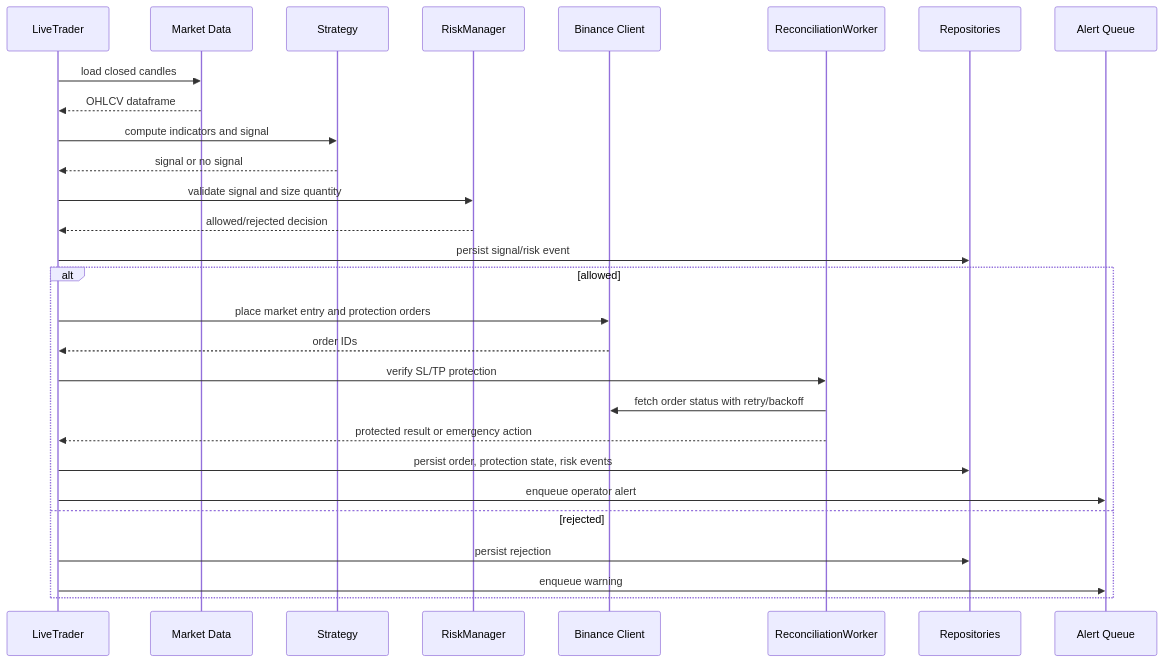
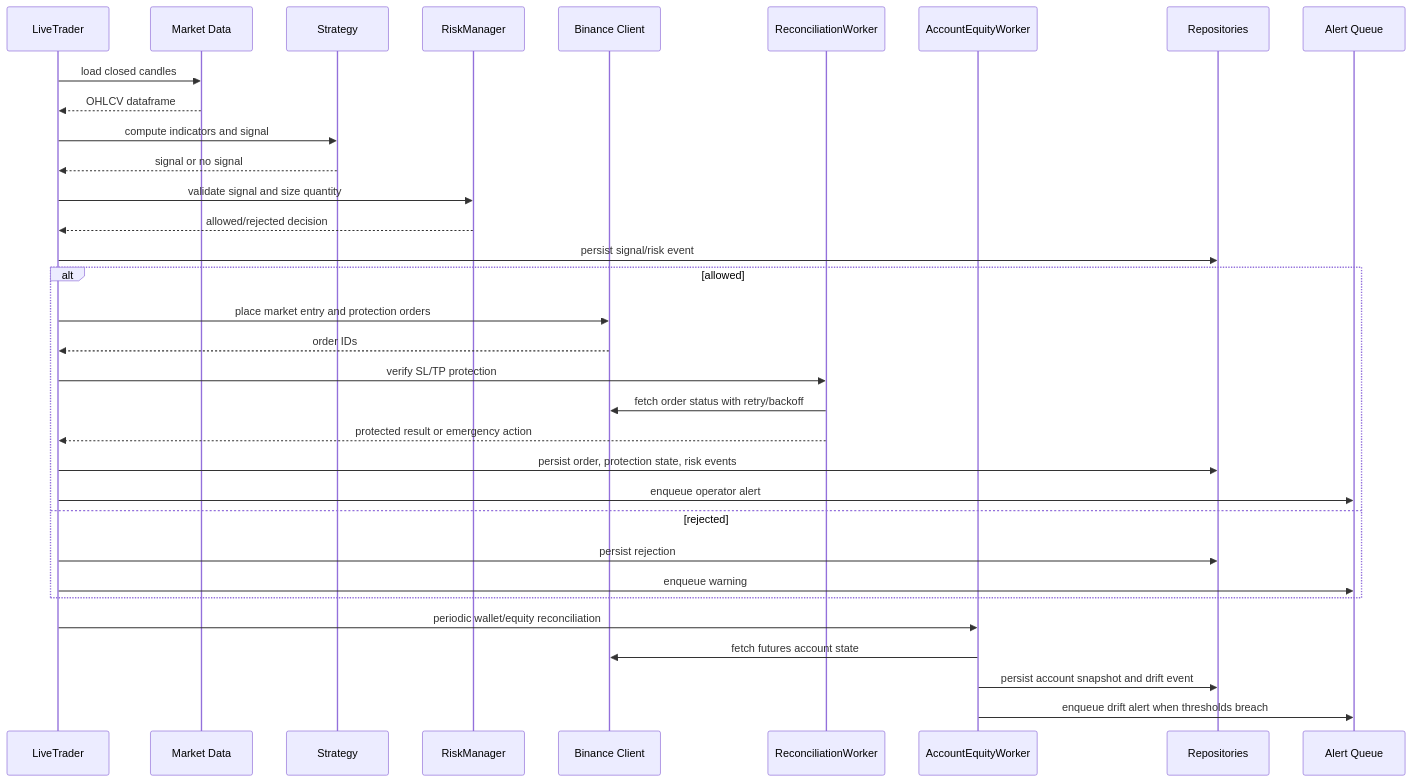
The first of 2 diagrams in docs/architecture.md (preethve11/lwk-futures-Trading-Bot), drawn with Mermaid before and after one commit. The commit also changed other lines of this file and 31 other files, not shown here.

First line of the commit message:
Add account equity reconciliation

````diff
--- a/docs/architecture.md
+++ b/docs/architecture.md
@@ -7,31 +7,36 @@
 ```mermaid
 sequenceDiagram
     participant Worker as LiveTrader
     participant Market as Market Data
     participant Strategy as Strategy
     participant Risk as RiskManager
     participant Exchange as Binance Client
     participant Recon as ReconciliationWorker
+    participant Account as AccountEquityWorker
     participant DB as Repositories
     participant Alerts as Alert Queue
 
     Worker->>Market: load closed candles
     Market-->>Worker: OHLCV dataframe
     Worker->>Strategy: compute indicators and signal
     Strategy-->>Worker: signal or no signal
     Worker->>Risk: validate signal and size quantity
     Risk-->>Worker: allowed/rejected decision
     Worker->>DB: persist signal/risk event
     alt allowed
         Worker->>Exchange: place market entry and protection orders
         Exchange-->>Worker: order IDs
         Worker->>Recon: verify SL/TP protection
         Recon->>Exchange: fetch order status with retry/backoff
         Recon-->>Worker: protected result or emergency action
         Worker->>DB: persist order, protection state, risk events
         Worker->>Alerts: enqueue operator alert
     else rejected
         Worker->>DB: persist rejection
         Worker->>Alerts: enqueue warning
     end
+    Worker->>Account: periodic wallet/equity reconciliation
+    Account->>Exchange: fetch futures account state
+    Account->>DB: persist account snapshot and drift event
+    Account->>Alerts: enqueue drift alert when thresholds breach
 ```
````
